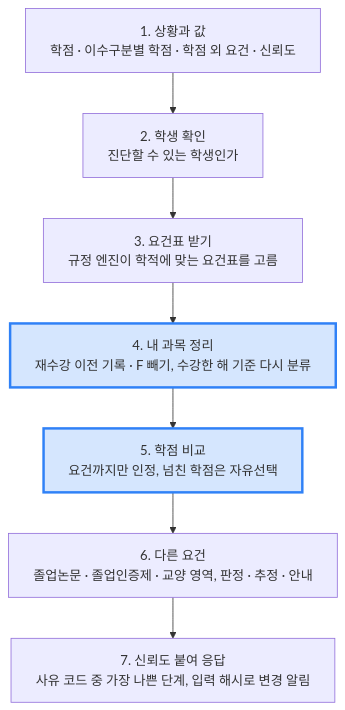
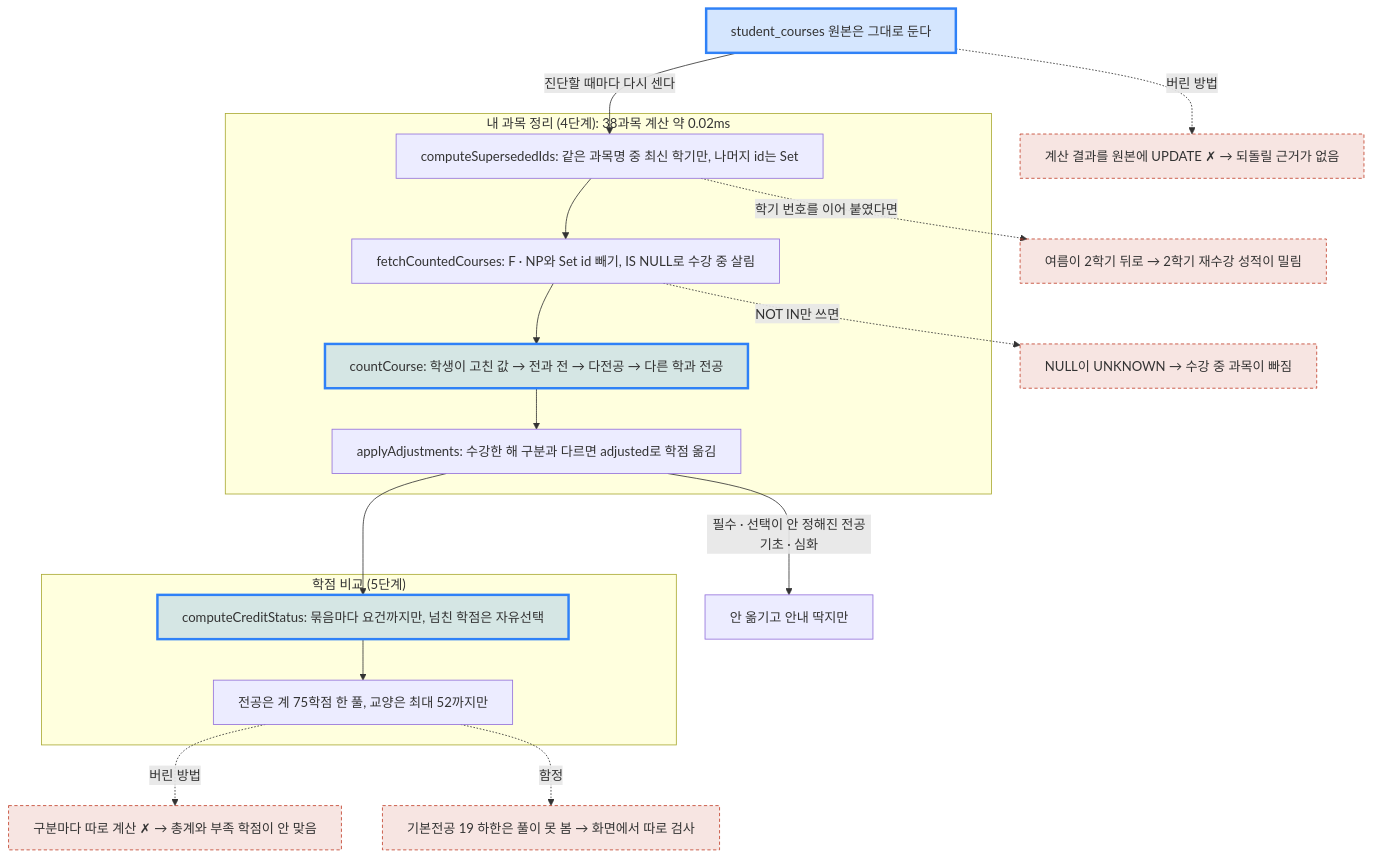
The first of 3 diagrams in 2026/November/11-18.md (ChildrenAon/TIL), drawn with Mermaid before and after one commit. The commit also changed other lines of this file, not shown here.

Commit message:
[ONE Student] 내 과목 정리 · 학점 비교 [정보보안] 웜·백도어 · SSH·DNS · SYN Flooding [데이터베이스] 3진 관계 · 함수적 종속성
고침: 맨 위 그림을 그날 내용이 담긴 그림 한 장으로 바꿈

````diff
--- a/2026/November/11-18.md
+++ b/2026/November/11-18.md
@@ -27,12 +28,24 @@
 ```mermaid
 %%{init: {"flowchart": {"wrappingWidth": 600}, "themeCSS": ".edgeLabel div { display: table-cell !important; width: auto !important; max-width: none !important; white-space: nowrap !important; } .edgeLabel p { padding: 5px 12px !important; margin: 0 !important; background: #55555599; } .edgeLabel, .edgeLabel span, .edgeLabel .labelBkg { background: transparent !important; }"}}%%
 flowchart TD
-  A["1. 상황과 값<br/>학점 · 이수구분별 학점 · 학점 외 요건 · 신뢰도"] --> B["2. 학생 확인<br/>진단할 수 있는 학생인가"]
-  B --> C["3. 요건표 받기<br/>규정 엔진이 학적에 맞는 요건표를 고름"]
-  C --> D["4. 내 과목 정리<br/>재수강 이전 기록 · F 빼기, 수강한 해 기준 다시 분류"]
-  D --> E["5. 학점 비교<br/>요건까지만 인정, 넘친 학점은 자유선택"]
-  E --> F["6. 다른 요건<br/>졸업논문 · 졸업인증제 · 교양 영역, 판정 · 추정 · 안내"]
-  F --> G["7. 신뢰도 붙여 응답<br/>사유 코드 중 가장 나쁜 단계, 입력 해시로 변경 알림"]
+  SRC["student_courses 원본은 그대로 둔다"] -->|"진단할 때마다 다시 센다"| SUP
+  subgraph P4["내 과목 정리 (4단계): 38과목 계산 약 0.02ms"]
+    SUP["computeSupersededIds: 같은 과목명 중 최신 학기만, 나머지 id는 Set"] --> SQL["fetchCountedCourses: F · NP와 Set id 빼기, IS NULL로 수강 중 살림"]
+    SQL --> CNT["countCourse: 학생이 고친 값 → 전과 전 → 다전공 → 다른 학과 전공"]
+    CNT --> ADJ["applyAdjustments: 수강한 해 구분과 다르면 adjusted로 학점 옮김"]
+  end
+  ADJ -->|"필수 · 선택이 안 정해진 전공기초 · 심화"| INF["안 옮기고 안내 딱지만"]
+  ADJ --> CMP
+  subgraph P5["학점 비교 (5단계)"]
+    CMP["computeCreditStatus: 묶음마다 요건까지만, 넘친 학점은 자유선택"] --> POOL["전공은 계 75학점 한 풀, 교양은 최대 52까지만"]
+  end
+  SRC -.->|"버린 방법"| X1["계산 결과를 원본에 UPDATE ✗ → 되돌릴 근거가 없음"]
+  SUP -.->|"학기 번호를 이어 붙였다면"| X2["여름이 2학기 뒤로 → 2학기 재수강 성적이 밀림"]
+  SQL -.->|"NOT IN만 쓰면"| X3["NULL이 UNKNOWN → 수강 중 과목이 빠짐"]
+  POOL -.->|"버린 방법"| X4["구분마다 따로 계산 ✗ → 총계와 부족 학점이 안 맞음"]
+  POOL -.->|"함정"| X5["기본전공 19 하한은 풀이 못 봄 → 화면에서 따로 검사"]
   classDef seen fill:#2f81f733,stroke:#2f81f7,stroke-width:3px
-  class D,E seen
+  classDef bad fill:#c2402a22,stroke:#c2402a,stroke-dasharray:4 3
+  class SRC,CNT,CMP seen
+  class X1,X2,X3,X4,X5 bad
 ```
````
